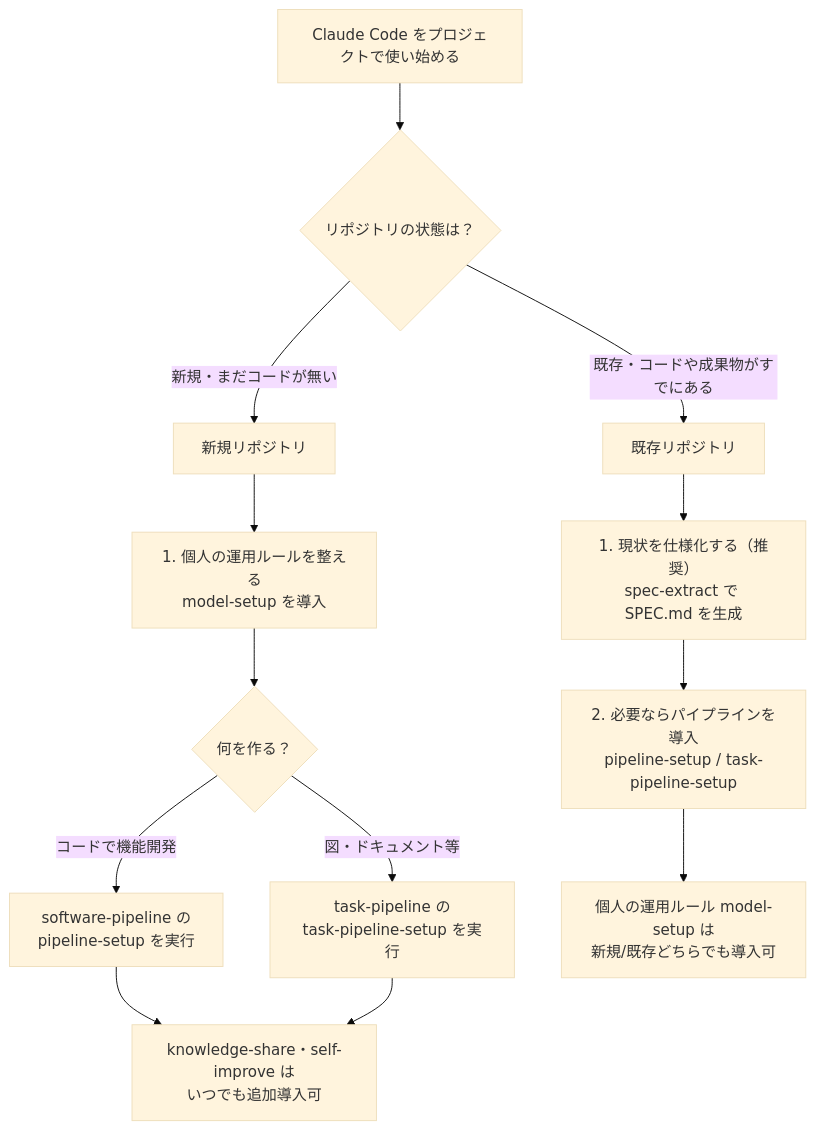
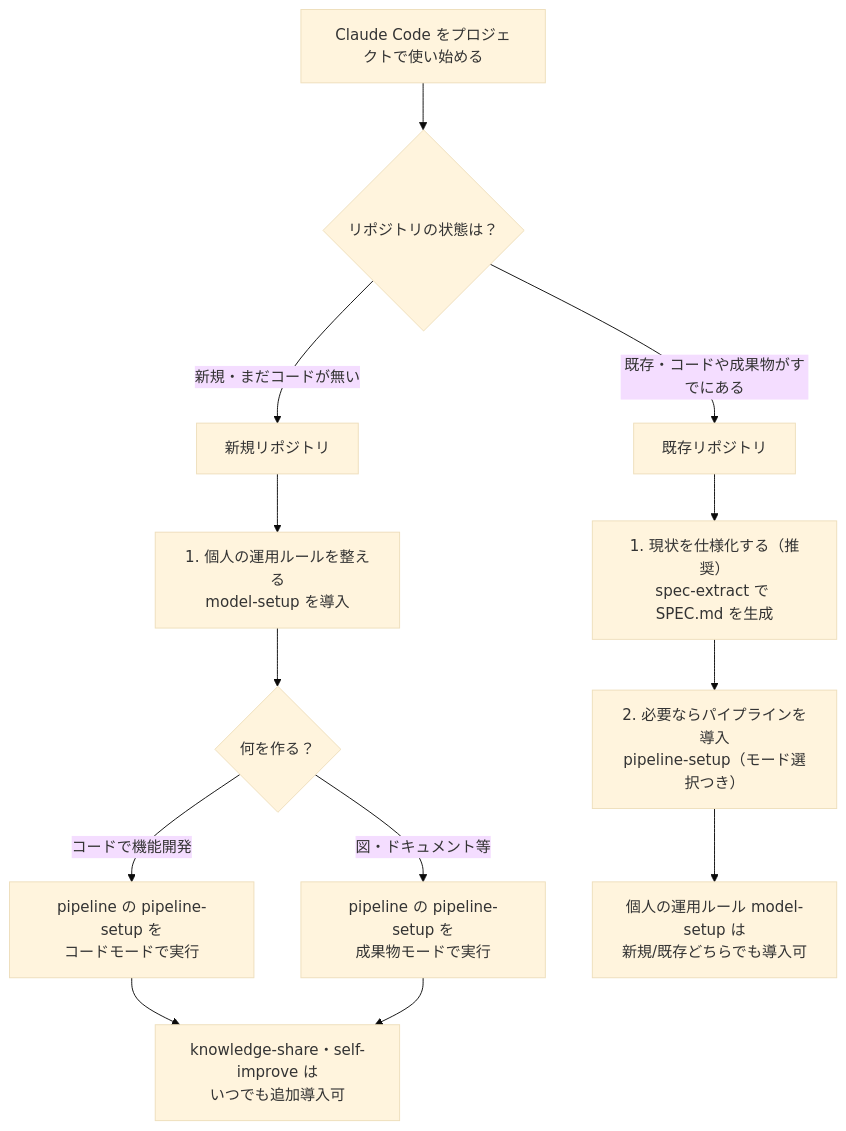
One commit to mrkxlia/claude-code-workbench-ja changed the first of 2 diagrams in README.md. Above: the diagram before and after it, drawn with Mermaid (base theme). The commit also changed other lines of this file and 92 other files, not shown here.

First line of the commit message:
software-pipeline と task-pipeline を pipeline プラグインに統合（スキル8種・エージェント8種に集約）

````diff
--- a/README.md
+++ b/README.md
@@ -9,17 +9,17 @@
 ```mermaid
 flowchart TD
     Start["Claude Code をプロジェクトで使い始める"] --> Q{"リポジトリの状態は？"}
     Q -->|"新規・まだコードが無い"| New["新規リポジトリ"]
     Q -->|"既存・コードや成果物がすでにある"| Existing["既存リポジトリ"]
 
     New --> N1["1. 個人の運用ルールを整える<br/>model-setup を導入"]
     N1 --> N2{"何を作る？"}
-    N2 -->|"コードで機能開発"| N3["software-pipeline の<br/>pipeline-setup を実行"]
-    N2 -->|"図・ドキュメント等"| N4["task-pipeline の<br/>task-pipeline-setup を実行"]
+    N2 -->|"コードで機能開発"| N3["pipeline の pipeline-setup を<br/>コードモードで実行"]
+    N2 -->|"図・ドキュメント等"| N4["pipeline の pipeline-setup を<br/>成果物モードで実行"]
     N3 --> N6["knowledge-share・self-improve は<br/>いつでも追加導入可"]
     N4 --> N6
 
     Existing --> E1["1. 現状を仕様化する（推奨）<br/>spec-extract で SPEC.md を生成"]
-    E1 --> E2["2. 必要ならパイプラインを導入<br/>pipeline-setup / task-pipeline-setup"]
+    E1 --> E2["2. 必要ならパイプラインを導入<br/>pipeline-setup（モード選択つき）"]
     E2 --> E3["個人の運用ルール model-setup は<br/>新規/既存どちらでも導入可"]
 ```
````
